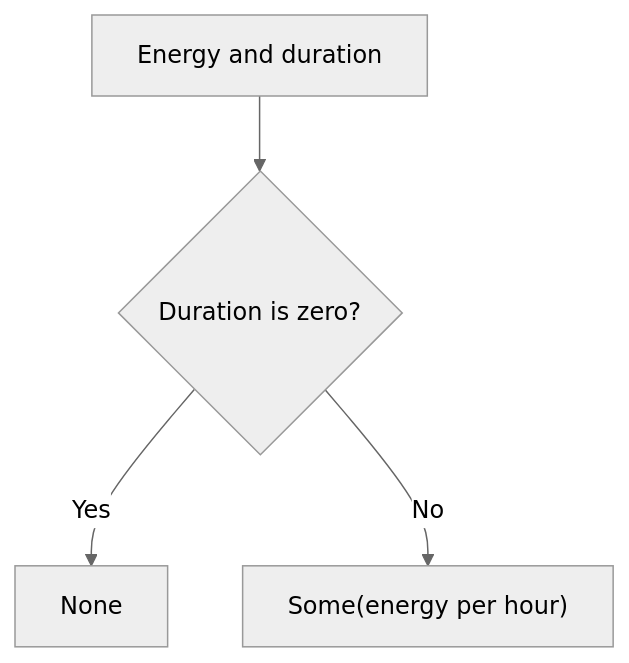
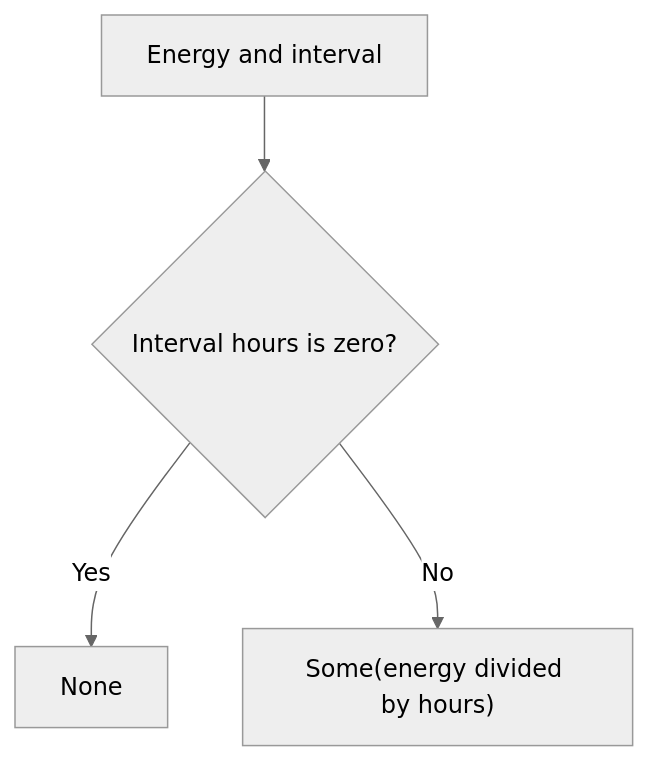
The diagram in docs/src/content/docs/guides/num.md (pplnd/core), drawn with Mermaid (neutral theme) before and after one commit. The commit also changed other lines of this file and 63 other files, not shown here.

````diff
--- a/docs/src/content/docs/guides/num.md
+++ b/docs/src/content/docs/guides/num.md
@@ -27,6 +39,6 @@
 ```mermaid
 flowchart TD
-  Input["Energy and duration"] --> Zero{"Duration is zero?"}
+  Reading["Energy and interval"] --> Zero{"Interval hours is zero?"}
   Zero -->|Yes| None["None"]
-  Zero -->|No| Some["Some(energy per hour)"]
+  Zero -->|No| Rate["Some(energy divided by hours)"]
 ```
````
